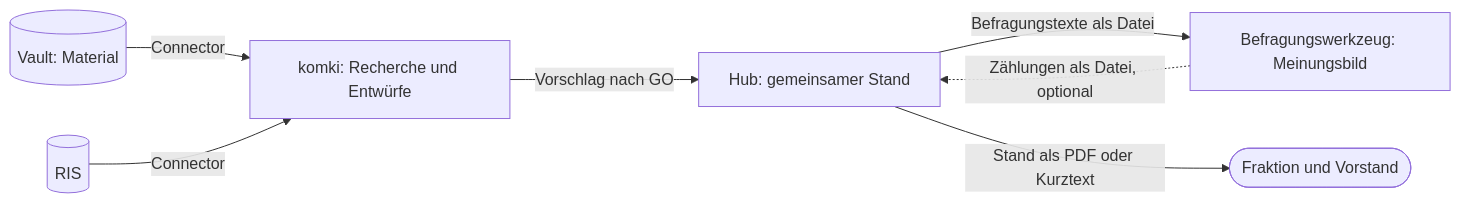
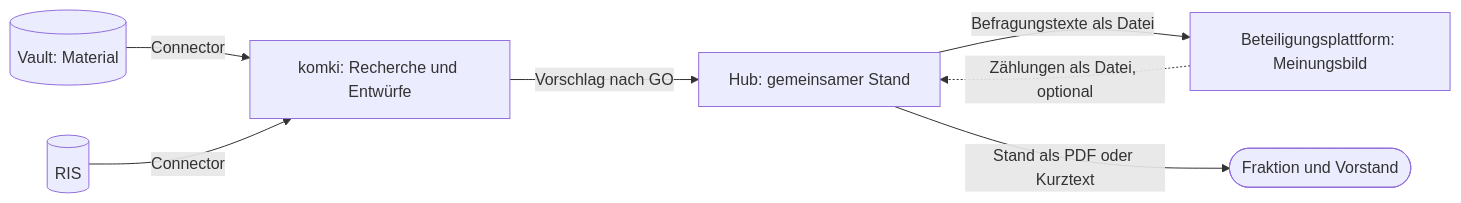
Before and after one commit to croesnick/kommunalpolitik_ki: the diagram in docs/adr/0004-ratsprojekte-als-lokaler-hub.md, drawn with Mermaid. The commit also changed other lines of this file and 1 other file, not shown here.

First line of the commit message:
ratsprojekte: Beteiligungsplattform als neutrales Wort, Gegenlesen als Regel (#405)

````diff
--- a/docs/adr/0004-ratsprojekte-als-lokaler-hub.md
+++ b/docs/adr/0004-ratsprojekte-als-lokaler-hub.md
@@ -15,9 +15,9 @@
 ```mermaid
 flowchart LR
   V[(Vault: Material)] -->|Connector| K[komki: Recherche und Entwürfe]
   RIS[(RIS)] -->|Connector| K
   K -->|Vorschlag nach GO| H[Hub: gemeinsamer Stand]
-  H -->|Befragungstexte als Datei| B[Befragungswerkzeug: Meinungsbild]
+  H -->|Befragungstexte als Datei| B[Beteiligungsplattform: Meinungsbild]
   B -.->|Zählungen als Datei, optional| H
   H -->|Stand als PDF oder Kurztext| S([Fraktion und Vorstand])
 ```
````
